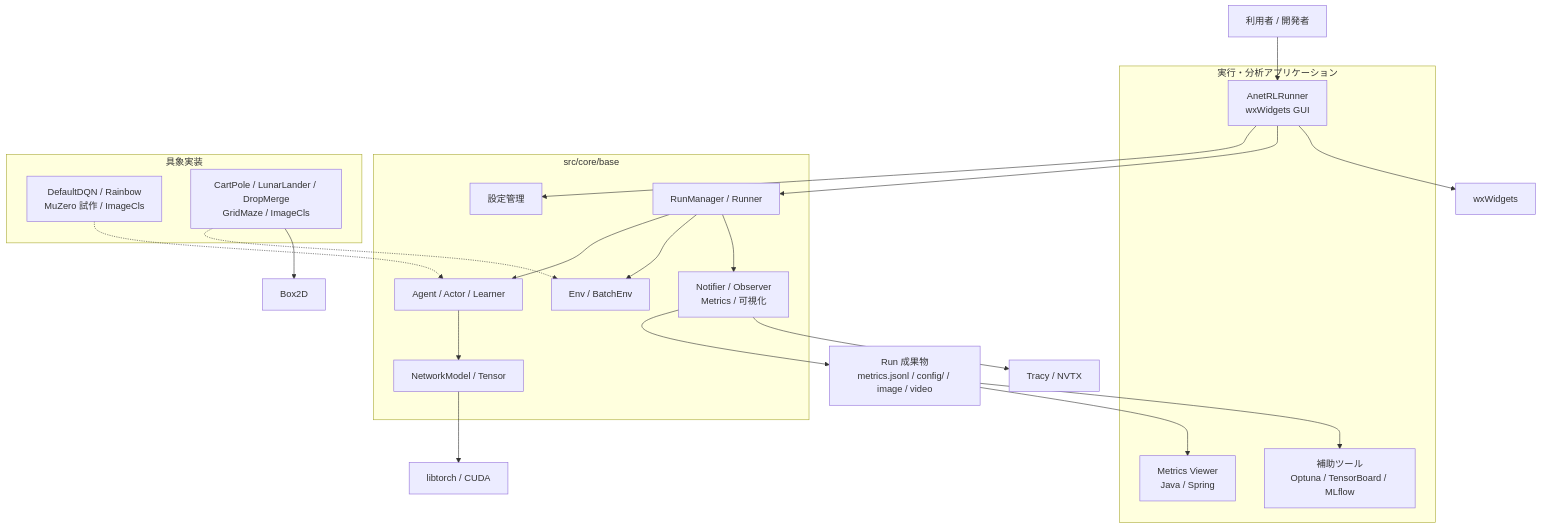
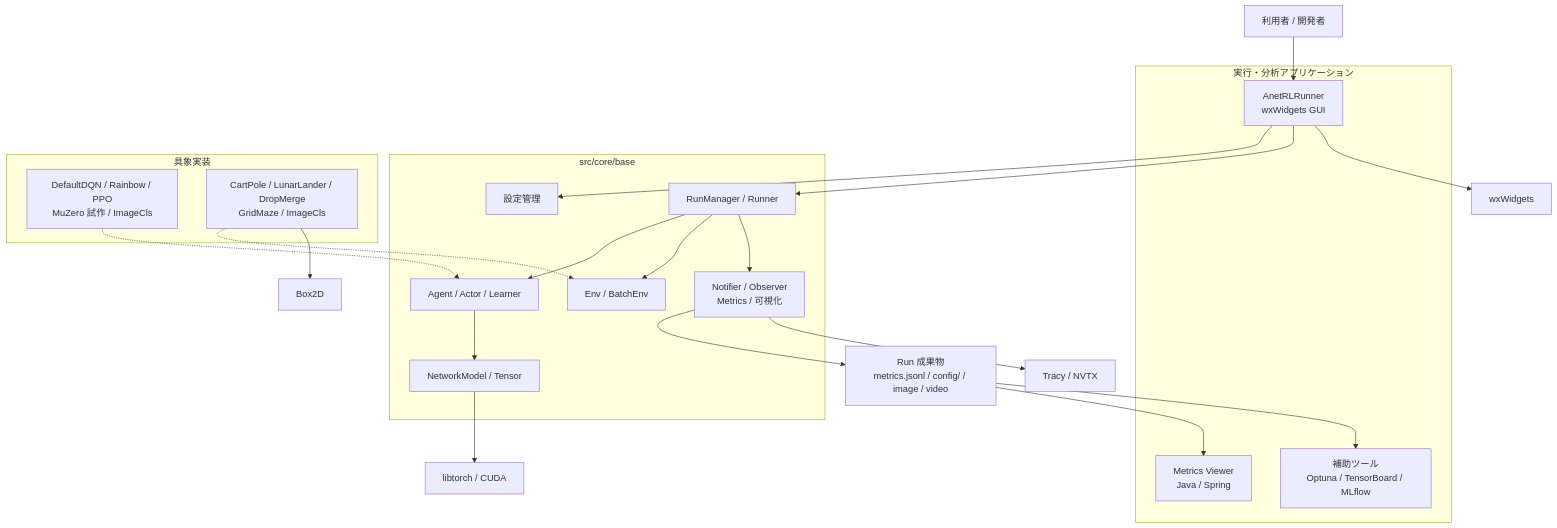
Before and after one commit to kazukin123/anet-lab: the first of 3 diagrams in docs/design/010_framework_overview.jp.md, drawn with Mermaid. The commit also changed other lines of this file and 46 other files, not shown here.

````diff
--- a/docs/design/010_framework_overview.jp.md
+++ b/docs/design/010_framework_overview.jp.md
@@ -95,44 +95,44 @@
 ```mermaid
 flowchart TB
     user["利用者 / 開発者"]
 
     subgraph applications["実行・分析アプリケーション"]
         runner["AnetRLRunner<br/>wxWidgets GUI"]
         viewer["Metrics Viewer<br/>Java / Spring"]
         tools["補助ツール<br/>Optuna / TensorBoard / MLflow"]
     end
 
     subgraph core["src/core/base"]
         config["設定管理"]
         runtime["RunManager / Runner"]
         agent["Agent / Actor / Learner"]
         env_api["Env / BatchEnv"]
         network["NetworkModel / Tensor"]
         observe["Notifier / Observer<br/>Metrics / 可視化"]
     end
 
     subgraph implementations["具象実装"]
-        agent_impl["DefaultDQN / Rainbow<br/>MuZero 試作 / ImageCls"]
+        agent_impl["DefaultDQN / Rainbow / PPO<br/>MuZero 試作 / ImageCls"]
         env_impl["CartPole / LunarLander / DropMerge<br/>GridMaze / ImageCls"]
     end
 
     artifacts["Run 成果物<br/>metrics.jsonl / config/ / image / video"]
 
     user --> runner
     runner --> config
     runner --> runtime
     runtime --> agent
     runtime --> env_api
     agent --> network
     agent_impl -.-> agent
     env_impl -.-> env_api
     runtime --> observe
     observe --> artifacts
     artifacts --> viewer
     artifacts --> tools
 
     runner --> wx["wxWidgets"]
     network --> torch["libtorch / CUDA"]
     env_impl --> box2d["Box2D"]
     observe --> profile["Tracy / NVTX"]
 ```
````
